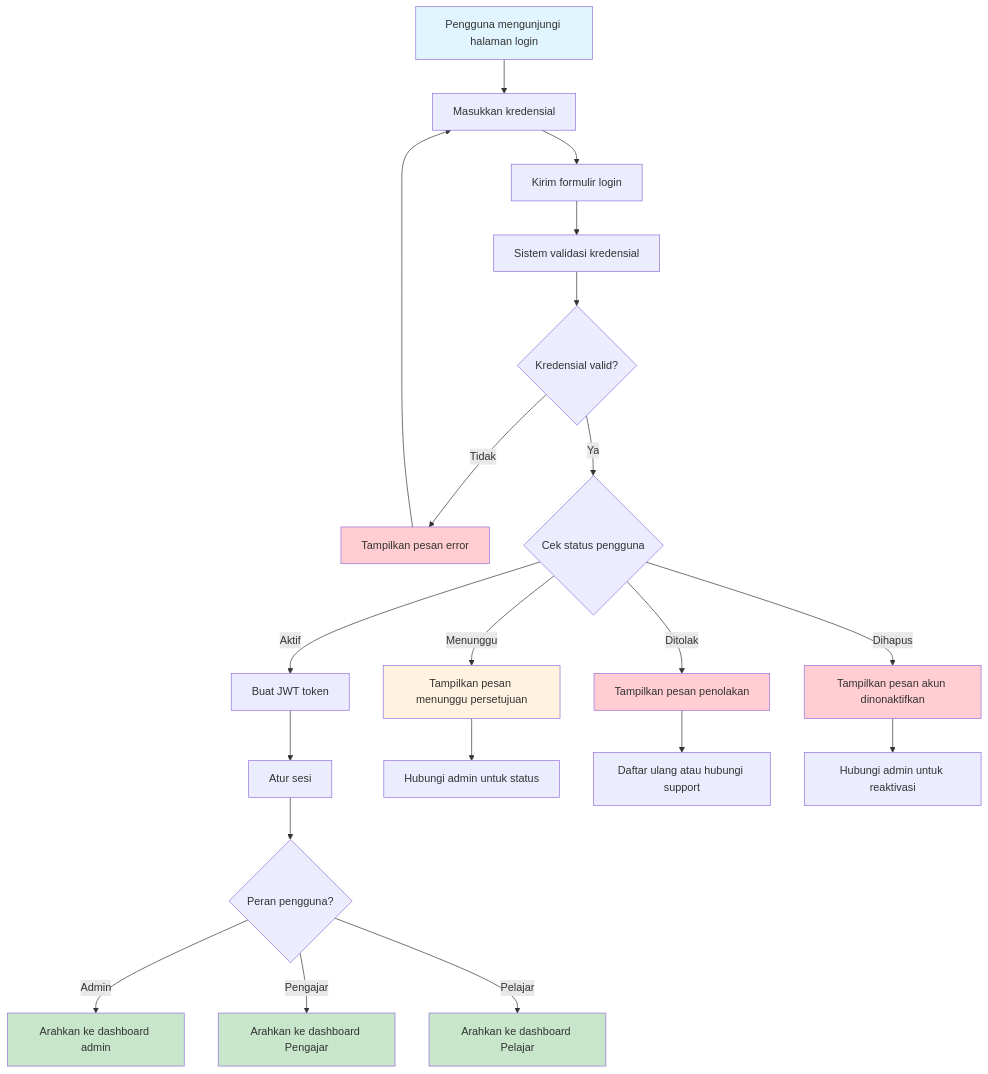
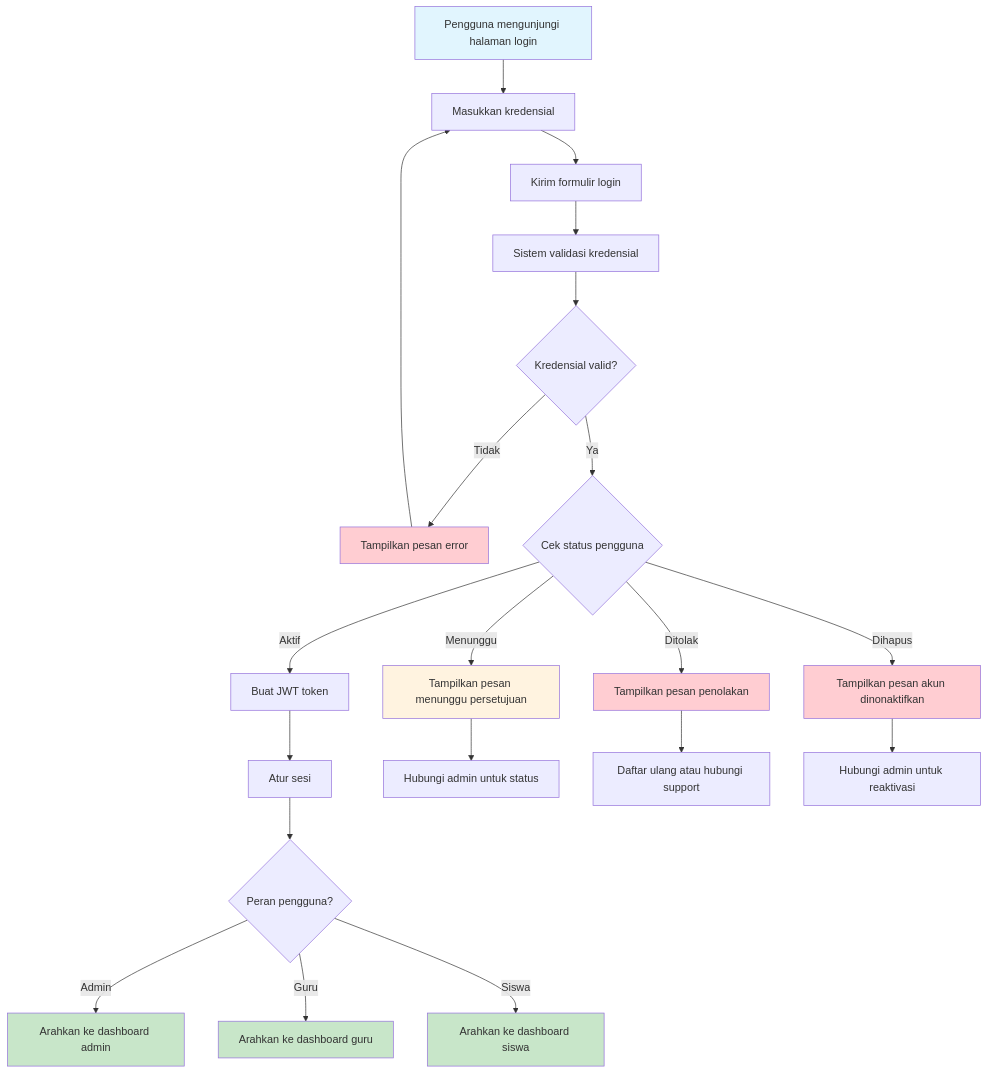
One commit to jonito2005/exam-expert-ai-docs changed the fourth of 8 diagrams in activity-diagrams.md. Above: the diagram before and after it, drawn with Mermaid. The commit also changed other lines of this file and 4 other files, not shown here.

````diff
--- a/activity-diagrams.md
+++ b/activity-diagrams.md
@@ -113,35 +125,35 @@
 ```mermaid
 flowchart TD
     A[Pengguna mengunjungi halaman login] --> B[Masukkan kredensial]
     B --> C[Kirim formulir login]
     C --> D[Sistem validasi kredensial]
     D --> E{Kredensial valid?}
     
     E -->|Tidak| F[Tampilkan pesan error] --> B
     E -->|Ya| G{Cek status pengguna}
     
     G -->|Aktif| H[Buat JWT token]
     G -->|Menunggu| I[Tampilkan pesan menunggu persetujuan]
     G -->|Ditolak| J[Tampilkan pesan penolakan]
     G -->|Dihapus| K[Tampilkan pesan akun dinonaktifkan]
     
     H --> L[Atur sesi]
     L --> M{Peran pengguna?}
     
     M -->|Admin| N[Arahkan ke dashboard admin]
-    M -->|Pengajar| O[Arahkan ke dashboard Pengajar]
-    M -->|Pelajar| P[Arahkan ke dashboard Pelajar]
+    M -->|Guru| O[Arahkan ke dashboard guru]
+    M -->|Siswa| P[Arahkan ke dashboard siswa]
     
     I --> Q[Hubungi admin untuk status]
     J --> R[Daftar ulang atau hubungi support]
     K --> S[Hubungi admin untuk reaktivasi]
     
     style A fill:#e1f5fe
     style N fill:#c8e6c9
     style O fill:#c8e6c9
     style P fill:#c8e6c9
     style F fill:#ffcdd2
     style I fill:#fff3e0
     style J fill:#ffcdd2
     style K fill:#ffcdd2
 ```
````
